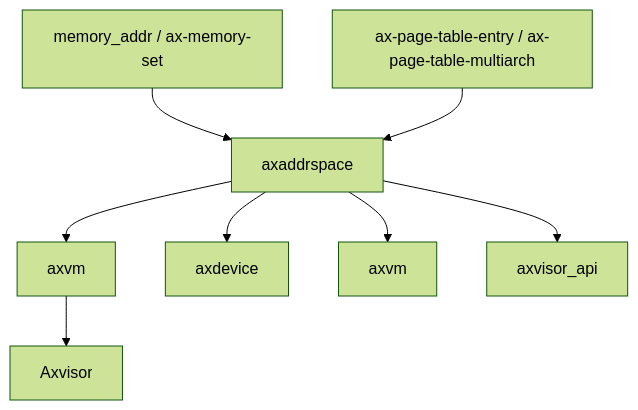
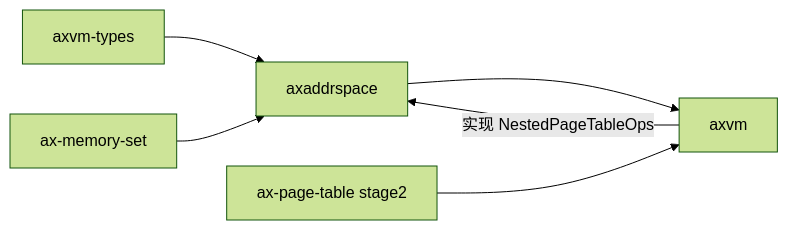
Before and after one commit to rcore-os/tgoskits: the diagram in docs/docs/components/crates/axaddrspace.md, drawn with Mermaid (forest theme). The commit also changed other lines of this file and 386 other files, not shown here.

Commit message:
refactor(memory): consolidate page-table, allocator, and VM policy layers

````diff
--- a/docs/docs/components/crates/axaddrspace.md
+++ b/docs/docs/components/crates/axaddrspace.md
@@ -260,10 +12,8 @@
 ```mermaid
-graph TD
-    A[memory_addr / ax-memory-set] --> B[axaddrspace]
-    C[ax-page-table-entry / ax-page-table-multiarch] --> B
-    B --> D[axvm]
-    B --> E[axdevice]
-    B --> F[axvm]
-    B --> G[axvisor_api]
-    D --> H[Axvisor]
+flowchart LR
+    types[axvm-types] --> aspace[axaddrspace]
+    mem_set[ax-memory-set] --> aspace
+    aspace --> axvm[axvm]
+    page_table[ax-page-table stage2] --> axvm
+    axvm -->|实现 NestedPageTableOps| aspace
 ```
````
